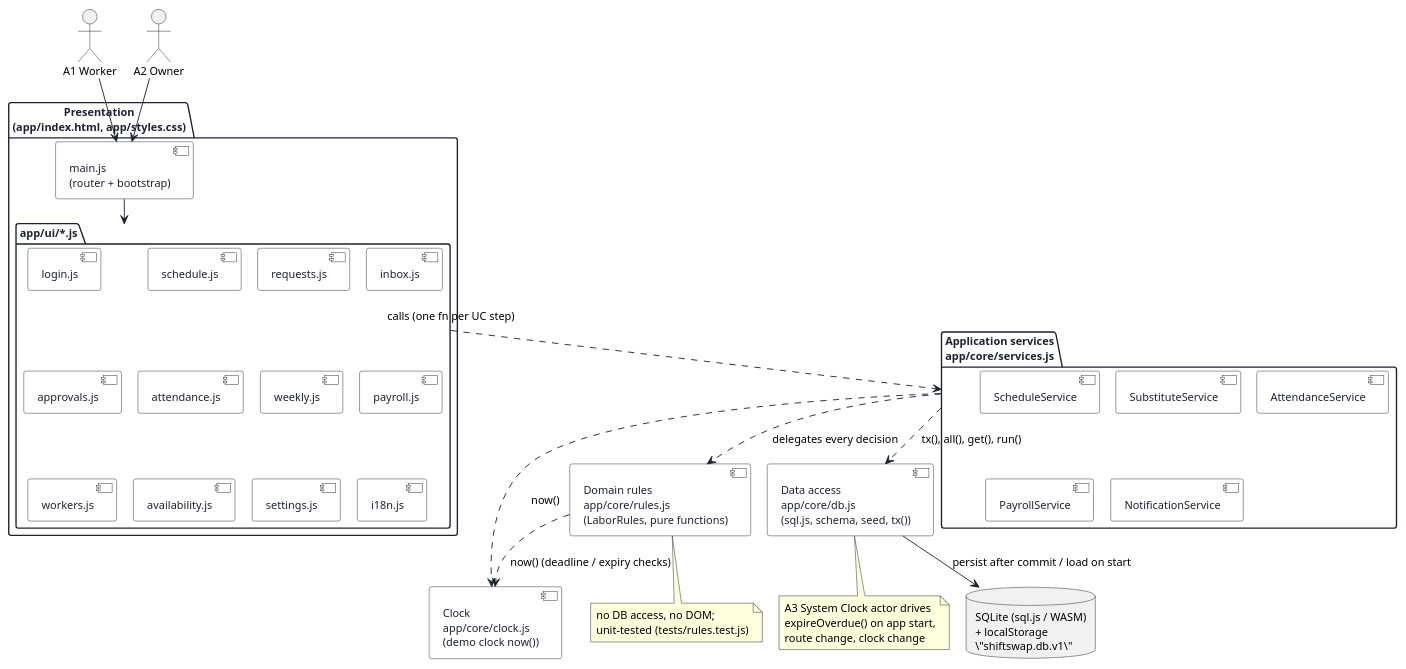
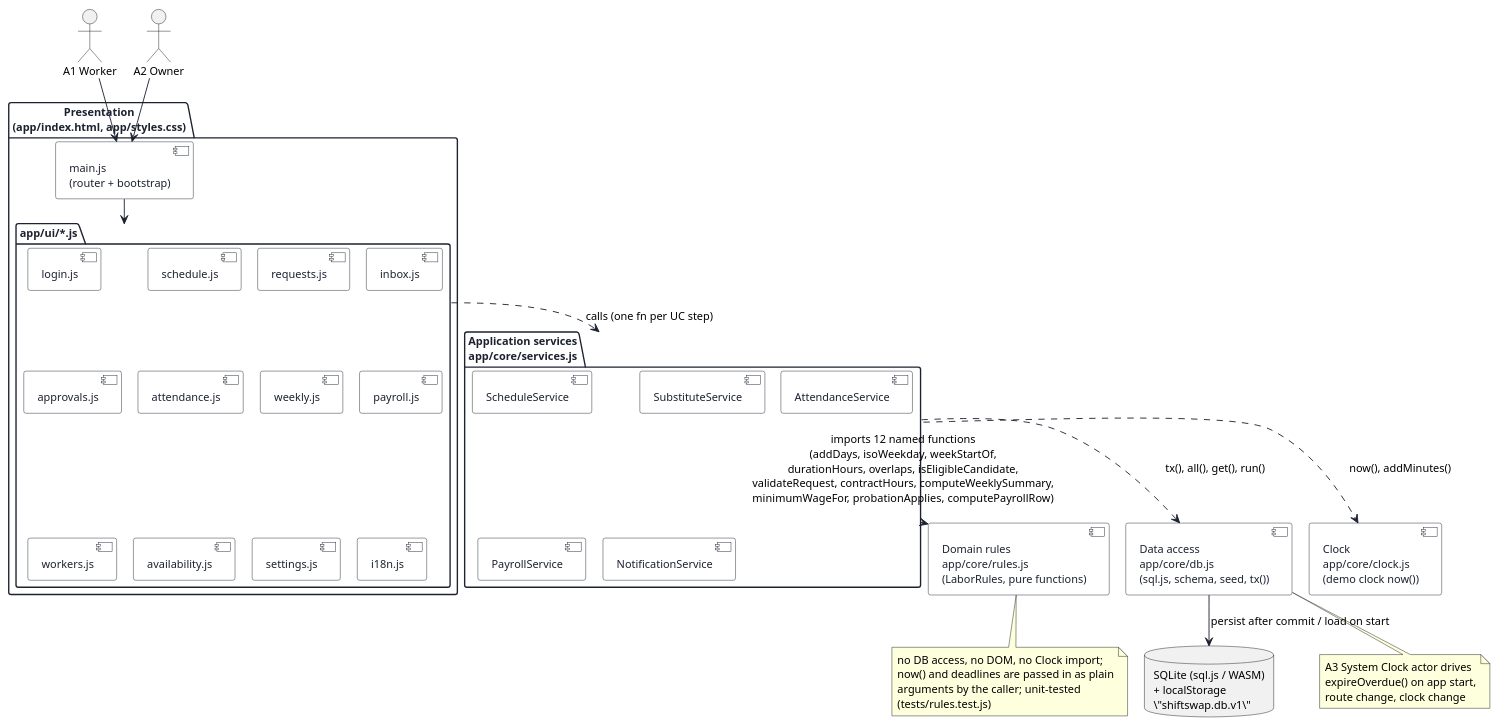
The diagram in uml/src/component.puml (keemlogan/shiftswap), drawn with PlantUML before and after one commit. The commit also changed 95 other files, not shown here.

Commit message:
Iteration 3: v3 UI, tests 62, UML aligned with code, report chapters 1-6 and 8, prompt v4 written

```diff
--- a/uml/src/component.puml
+++ b/uml/src/component.puml
@@ -1,81 +1,82 @@
 @startuml component
 !pragma layout smetana
 skinparam defaultFontName "Helvetica"
 skinparam defaultFontSize 12
 skinparam shadowing false
 skinparam backgroundColor #FFFFFF
 skinparam component {
   BackgroundColor #FFFFFF
   BorderColor #1C2230
   FontColor #1C2230
   ArrowColor #1C2230
 }
 skinparam package {
   BackgroundColor #FFFFFF
   BorderColor #1C2230
   FontColor #1C2230
 }
 skinparam interface {
   BackgroundColor #FFFFFF
   BorderColor #1C2230
 }
 
 actor "A1 Worker" as Worker
 actor "A2 Owner" as Owner
 
 package "Presentation\n(app/index.html, app/styles.css)" as Presentation {
   [main.js\n(router + bootstrap)] as Main
   package "app/ui/*.js" as UI {
     [login.js]
     [schedule.js]
     [requests.js]
     [inbox.js]
     [approvals.js]
     [attendance.js]
     [weekly.js]
     [payroll.js]
     [workers.js]
     [availability.js]
     [settings.js]
     [i18n.js]
   }
 }
 
 package "Application services\napp/core/services.js" as AppServices {
   [ScheduleService]
   [SubstituteService]
   [AttendanceService]
   [PayrollService]
   [NotificationService]
 }
 
 component "Domain rules\napp/core/rules.js\n(LaborRules, pure functions)" as Rules
 
 component "Data access\napp/core/db.js\n(sql.js, schema, seed, tx())" as DBModule
 
 component "Clock\napp/core/clock.js\n(demo clock now())" as Clock
 
 database "SQLite (sql.js / WASM)\n+ localStorage\n\"shiftswap.db.v1\"" as Storage
 
 Worker --> Main
 Owner --> Main
 Main --> UI
 
 UI ..> AppServices : calls (one fn per UC step)
-AppServices ..> Rules : delegates every decision
+AppServices ..> Rules : imports 12 named functions\n(addDays, isoWeekday, weekStartOf,\ndurationHours, overlaps, isEligibleCandidate,\nvalidateRequest, contractHours, computeWeeklySummary,\nminimumWageFor, probationApplies, computePayrollRow)
 AppServices ..> DBModule : tx(), all(), get(), run()
-AppServices ..> Clock : now()
-Rules ..> Clock : now() (deadline / expiry checks)
+AppServices ..> Clock : now(), addMinutes()
 DBModule --> Storage : persist after commit / load on start
 
 note bottom of Rules
-  no DB access, no DOM;
-  unit-tested (tests/rules.test.js)
+  no DB access, no DOM, no Clock import;
+  now() and deadlines are passed in as plain
+  arguments by the caller; unit-tested
+  (tests/rules.test.js)
 end note
 
 note bottom of DBModule
   A3 System Clock actor drives
   expireOverdue() on app start,
   route change, clock change
 end note
 @enduml
```
